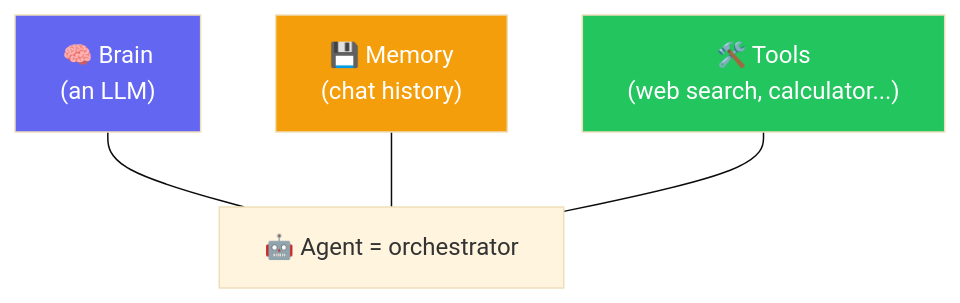
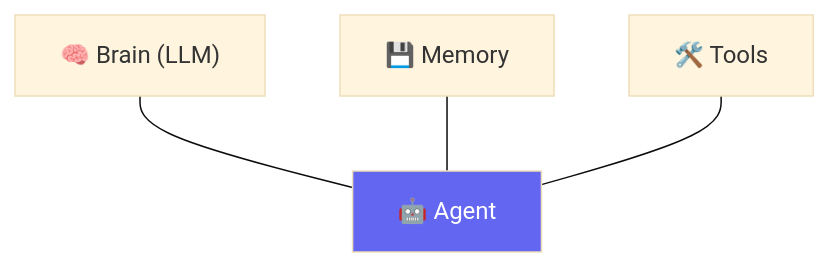
Before and after one commit to shiqs90/agent3.0-mcp-live-2026: the diagram in classes_summary/04 - 5 Jul - Anatomy of an Agent.md, drawn with Mermaid (base theme). The commit also changed other lines of this file and 19 other files, not shown here.

````diff
--- a/classes_summary/04 - 5 Jul - Anatomy of an Agent.md
+++ b/classes_summary/04 - 5 Jul - Anatomy of an Agent.md
@@ -27,13 +62,8 @@
 ```mermaid
 flowchart TD
-    Brain["🧠 Brain<br/>(an LLM)"]
-    Memory["💾 Memory<br/>(chat history)"]
-    Tools["🛠️ Tools<br/>(web search, calculator...)"]
-    Brain --- Agent["🤖 Agent = orchestrator"]
-    Memory --- Agent
-    Tools --- Agent
+    Brain["🧠 Brain (LLM)"] --- Agent["🤖 Agent"]
+    Memory["💾 Memory"] --- Agent
+    Tools["🛠️ Tools"] --- Agent
 
-    style Brain fill:#6366f1,color:#fff
-    style Memory fill:#f59e0b,color:#fff
-    style Tools fill:#22c55e,color:#fff
+    style Agent fill:#6366f1,color:#fff
 ```
````
